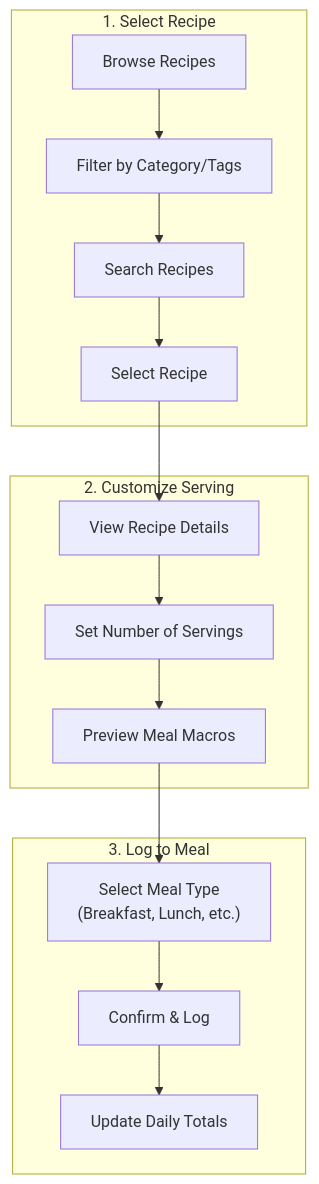
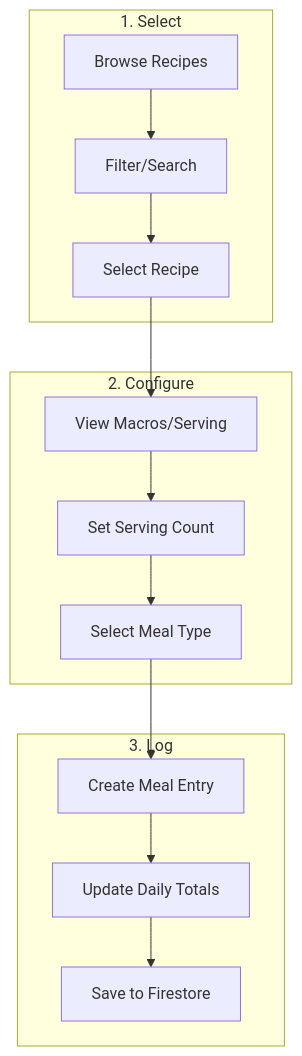
Before and after one commit to TimothyYao/meal-planning: diagram 17 of 26 in doc/recipes-design.md, drawn with Mermaid. The commit also changed other lines of this file, not shown here.

First line of the commit message:
Update recipes design for Firestore with repository pattern

````diff
--- a/doc/recipes-design.md
+++ b/doc/recipes-design.md
@@ -328,20 +553,20 @@
 ```mermaid
 flowchart TB
-    subgraph Select["1. Select Recipe"]
-        Browse["Browse Recipes"] --> Filter["Filter by Category/Tags"]
-        Filter --> Search["Search Recipes"]
-        Search --> SelectRecipe["Select Recipe"]
+    subgraph Select["1. Select"]
+        Browse["Browse Recipes"]
+        Browse --> Filter["Filter/Search"]
+        Filter --> Choose["Select Recipe"]
     end
     
-    subgraph Customize["2. Customize Serving"]
-        SelectRecipe --> ViewDetails["View Recipe Details"]
-        ViewDetails --> SetServings["Set Number of Servings"]
-        SetServings --> PreviewMacros["Preview Meal Macros"]
+    subgraph Configure["2. Configure"]
+        Choose --> ViewMacros["View Macros/Serving"]
+        ViewMacros --> SetServings["Set Serving Count"]
+        SetServings --> SelectMeal["Select Meal Type"]
     end
     
-    subgraph Log["3. Log to Meal"]
-        PreviewMacros --> SelectMeal["Select Meal Type<br/>(Breakfast, Lunch, etc.)"]
-        SelectMeal --> Confirm["Confirm & Log"]
-        Confirm --> UpdateDaily["Update Daily Totals"]
+    subgraph Log["3. Log"]
+        SelectMeal --> CreateMeal["Create Meal Entry"]
+        CreateMeal --> UpdateTotals["Update Daily Totals"]
+        UpdateTotals --> SaveLog["Save to Firestore"]
     end
 ```
````
